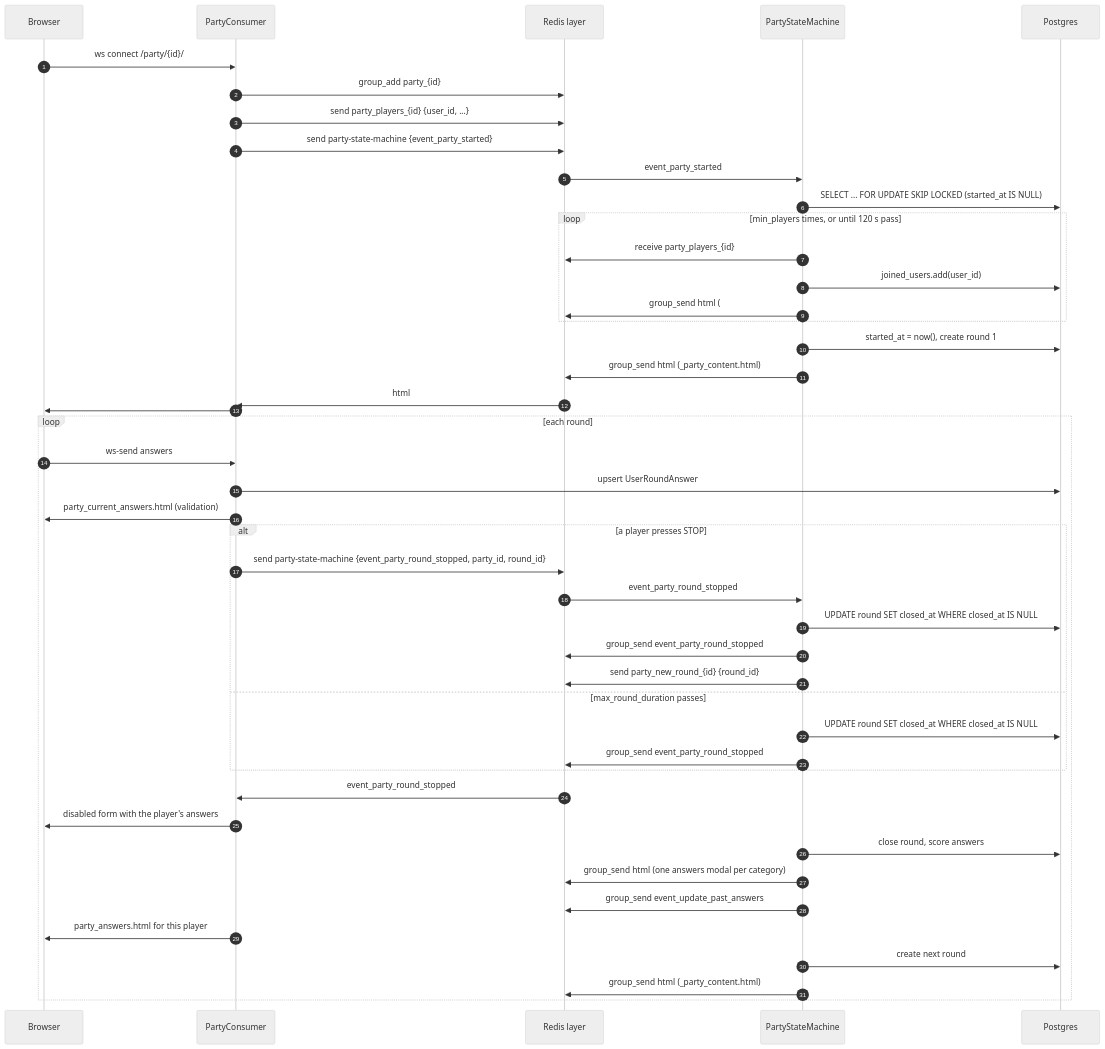
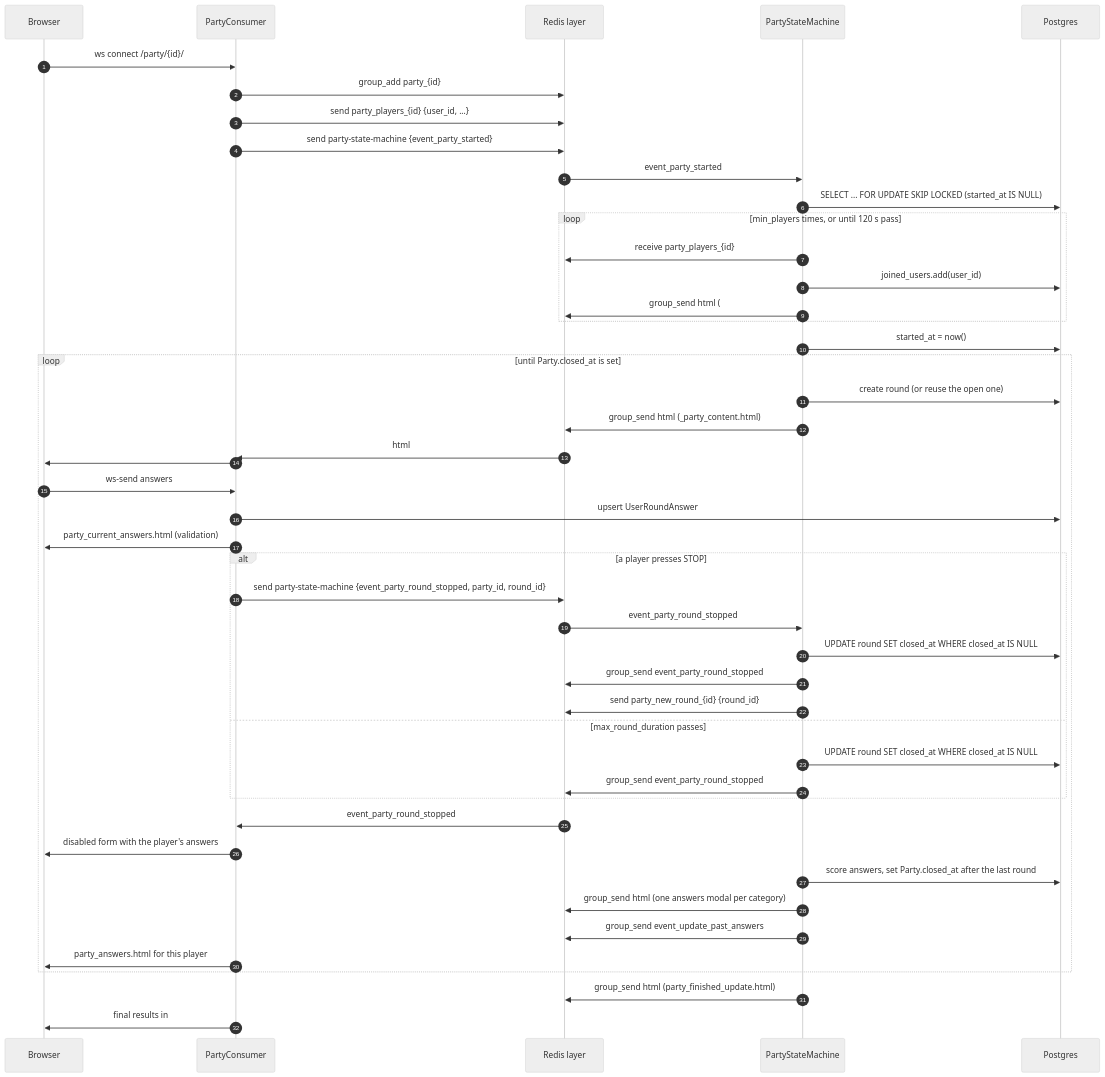
Before and after one commit to DanielGnzlzVll/AACX: the second of 5 diagrams in docs/architecture.md, drawn with Mermaid (neutral theme). The commit also changed other lines of this file and 3 other files, not shown here.

````diff
--- a/docs/architecture.md
+++ b/docs/architecture.md
@@ -137,48 +137,49 @@
 ```mermaid
 sequenceDiagram
     autonumber
     participant B as Browser
     participant C as PartyConsumer
     participant R as Redis layer
     participant SM as PartyStateMachine
     participant DB as Postgres
 
     B->>C: ws connect /party/{id}/
     C->>R: group_add party_{id}
     C->>R: send party_players_{id} {user_id, ...}
     C->>R: send party-state-machine {event_party_started}
     R->>SM: event_party_started
     SM->>DB: SELECT ... FOR UPDATE SKIP LOCKED (started_at IS NULL)
     loop min_players times, or until 120 s pass
         SM->>R: receive party_players_{id}
         SM->>DB: joined_users.add(user_id)
         SM->>R: group_send html (#party_content)
     end
-    SM->>DB: started_at = now(), create round 1
-    SM->>R: group_send html (_party_content.html)
-    R->>C: html
-    C->>B: #party_past_answers, #party_current_answers, #party_reports
-    loop each round
+    SM->>DB: started_at = now()
+    loop until Party.closed_at is set
+        SM->>DB: create round (or reuse the open one)
+        SM->>R: group_send html (_party_content.html)
+        R->>C: html
+        C->>B: #party_past_answers, #party_current_answers, #party_reports
         B->>C: ws-send answers
         C->>DB: upsert UserRoundAnswer
         C->>B: party_current_answers.html (validation)
         alt a player presses STOP
             C->>R: send party-state-machine {event_party_round_stopped, party_id, round_id}
             R->>SM: event_party_round_stopped
             SM->>DB: UPDATE round SET closed_at WHERE closed_at IS NULL
             SM->>R: group_send event_party_round_stopped
             SM->>R: send party_new_round_{id} {round_id}
         else max_round_duration passes
             SM->>DB: UPDATE round SET closed_at WHERE closed_at IS NULL
             SM->>R: group_send event_party_round_stopped
         end
         R->>C: event_party_round_stopped
         C->>B: disabled form with the player's answers
-        SM->>DB: close round, score answers
+        SM->>DB: score answers, set Party.closed_at after the last round
         SM->>R: group_send html (one answers modal per category)
         SM->>R: group_send event_update_past_answers
         C->>B: party_answers.html for this player
-        SM->>DB: create next round
-        SM->>R: group_send html (_party_content.html)
     end
+    SM->>R: group_send html (party_finished_update.html)
+    C->>B: final results in #party_current_answers and #party_reports
 ```
````
